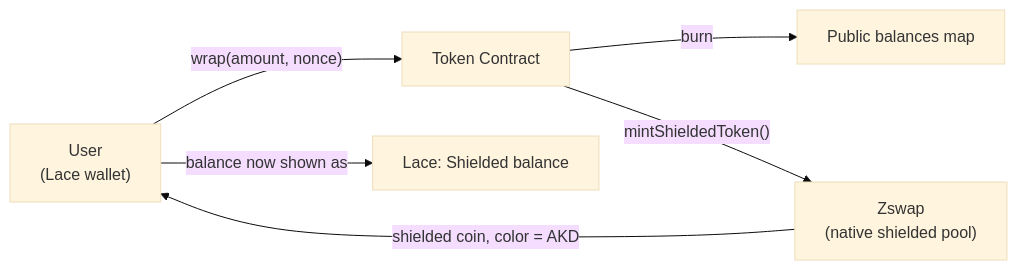
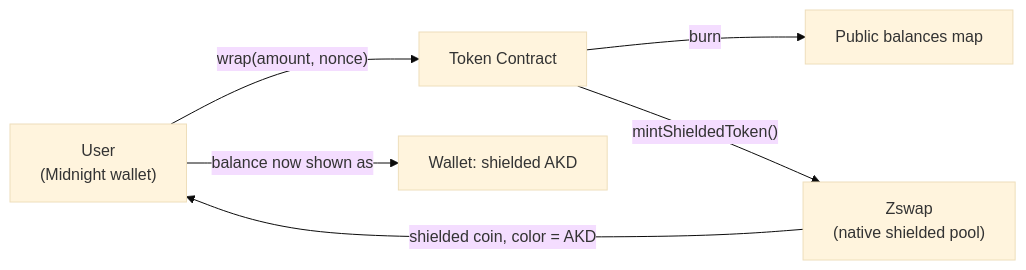
Before and after one commit to dzakwannajmi/akad: the second of 3 diagrams in README.md, drawn with Mermaid (base theme). The commit also changed other lines of this file, not shown here.

First line of the commit message:
docs: document the working unwrap flow

````diff
--- a/README.md
+++ b/README.md
@@ -91,8 +102,8 @@
 ```mermaid
 flowchart LR
-  U["User<br/>(Lace wallet)"] -->|"wrap(amount, nonce)"| TC["Token Contract"]
+  U["User<br/>(Midnight wallet)"] -->|"wrap(amount, nonce)"| TC["Token Contract"]
   TC -->|"burn"| PB["Public balances map"]
   TC -->|"mintShieldedToken()"| ZS["Zswap<br/>(native shielded pool)"]
   ZS -->|"shielded coin, color = AKD"| U
-  U -->|"balance now shown as"| L["Lace: Shielded balance"]
+  U -->|"balance now shown as"| L["Wallet: shielded AKD"]
 ```
````
